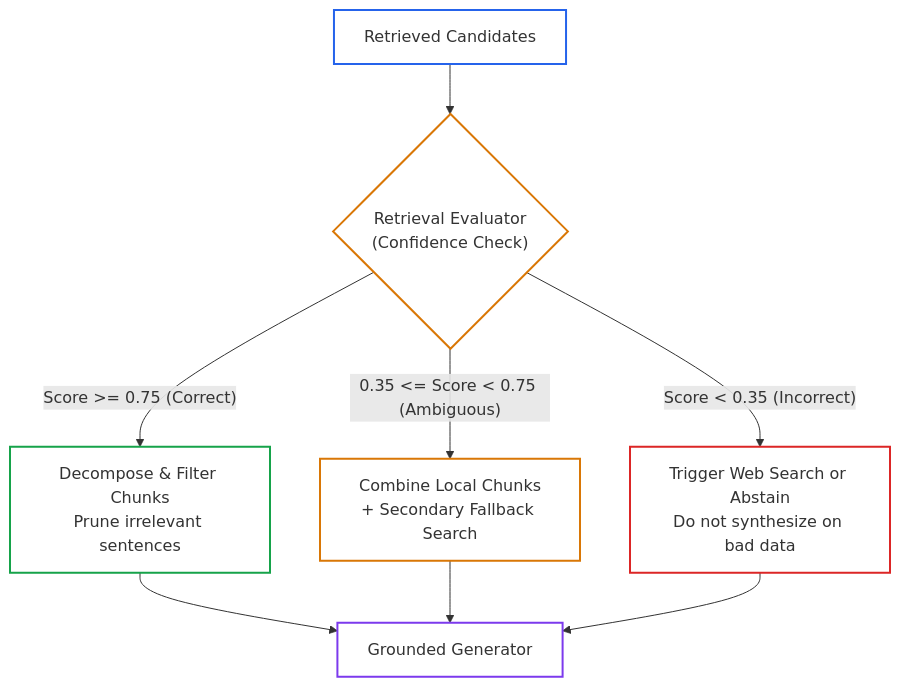
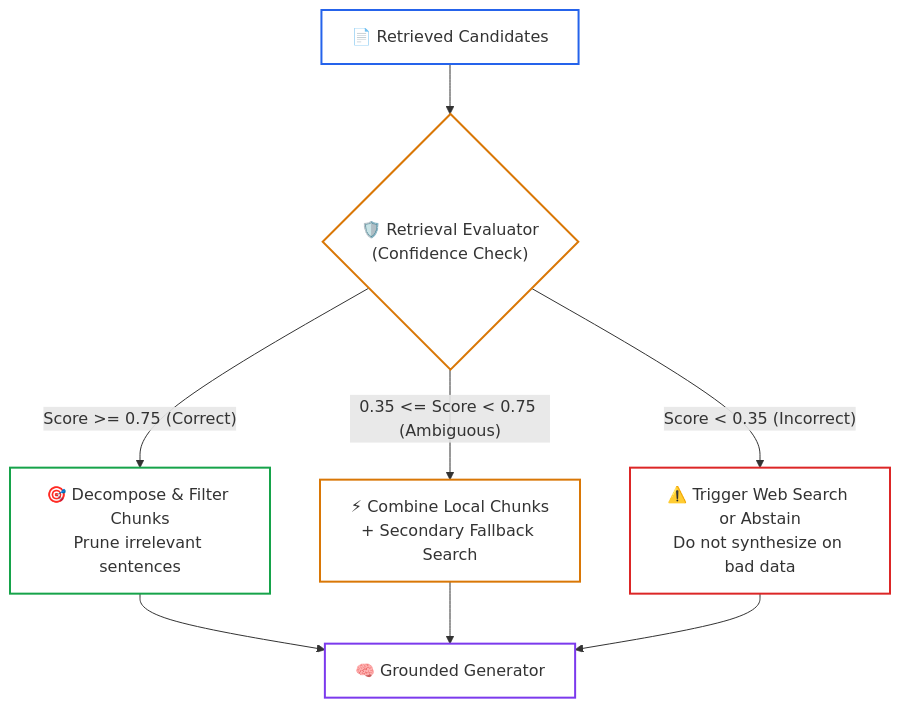
Before and after one commit to dip4k/senior-engineer-to-ai-engineer-roadmap: the third of 3 diagrams in 02-rag-and-knowledge-systems/07-query-planning-adaptive-routing-and-crag.md, drawn with Mermaid. The commit also changed other lines of this file and 39 other files, not shown here.

First line of the commit message:
feat(curriculum): upgrade mermaid diagrams with unicode icons & codify anti-bloat layout rules

````diff
--- a/02-rag-and-knowledge-systems/07-query-planning-adaptive-routing-and-crag.md
+++ b/02-rag-and-knowledge-systems/07-query-planning-adaptive-routing-and-crag.md
@@ -143,17 +141,17 @@
 ```mermaid
 flowchart TD
-    RET_DOCS["Retrieved Candidates"] --> EVAL{"Retrieval Evaluator<br>(Confidence Check)"}
-    EVAL -- "Score >= 0.75 (Correct)" --> RECOMPOSE["Decompose & Filter Chunks<br>Prune irrelevant sentences"]
-    EVAL -- "0.35 <= Score < 0.75 (Ambiguous)" --> HYBRID_FIX["Combine Local Chunks<br>+ Secondary Fallback Search"]
-    EVAL -- "Score < 0.35 (Incorrect)" --> FALLBACK["Trigger Web Search or Abstain<br>Do not synthesize on bad data"]
-    RECOMPOSE --> GEN["Grounded Generator"]
+    RET_DOCS["📄 Retrieved Candidates"] --> EVAL{"🛡️ Retrieval Evaluator<br>(Confidence Check)"}
+    EVAL -- "Score >= 0.75 (Correct)" --> RECOMPOSE["🎯 Decompose & Filter Chunks<br>Prune irrelevant sentences"]
+    EVAL -- "0.35 <= Score < 0.75 (Ambiguous)" --> HYBRID_FIX["⚡ Combine Local Chunks<br>+ Secondary Fallback Search"]
+    EVAL -- "Score < 0.35 (Incorrect)" --> FALLBACK["⚠️ Trigger Web Search or Abstain<br>Do not synthesize on bad data"]
+    RECOMPOSE --> GEN["🧠 Grounded Generator"]
     HYBRID_FIX --> GEN
     FALLBACK --> GEN
 
     style RET_DOCS stroke:#2563eb,stroke-width:2px,fill:none
     style EVAL stroke:#d97706,stroke-width:2px,fill:none
     style RECOMPOSE stroke:#16a34a,stroke-width:2px,fill:none
     style HYBRID_FIX stroke:#d97706,stroke-width:2px,fill:none
     style FALLBACK stroke:#dc2626,stroke-width:2px,fill:none
     style GEN stroke:#7c3aed,stroke-width:2px,fill:none
 ```
````
